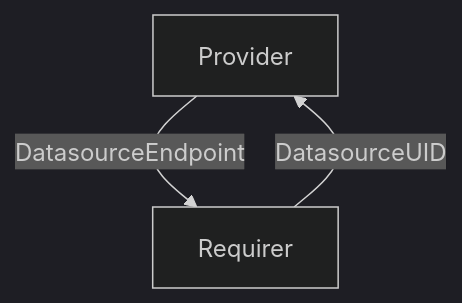
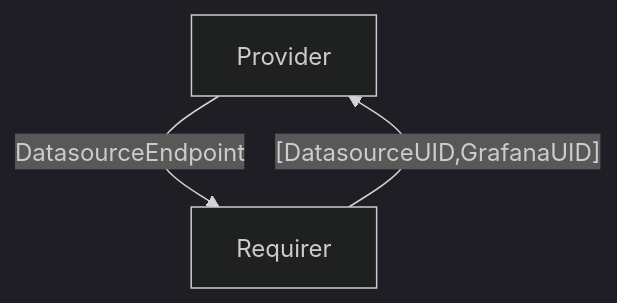
One commit to canonical/charm-relation-interfaces changed the diagram in interfaces/grafana_datasource/v0/README.md. Above: the diagram before and after it, drawn with Mermaid (dark theme). The commit also changed other lines of this file and 7 other files, not shown here.

Commit message:
added grafana uid

````diff
--- a/interfaces/grafana_datasource/v0/README.md
+++ b/interfaces/grafana_datasource/v0/README.md
@@ -15,5 +17,5 @@
 ```mermaid
 flowchart TD
     Provider -- DatasourceEndpoint --> Requirer
-    Requirer -- DatasourceUID --> Provider
+    Requirer -- [DatasourceUID,GrafanaUID] --> Provider
 ```
````
